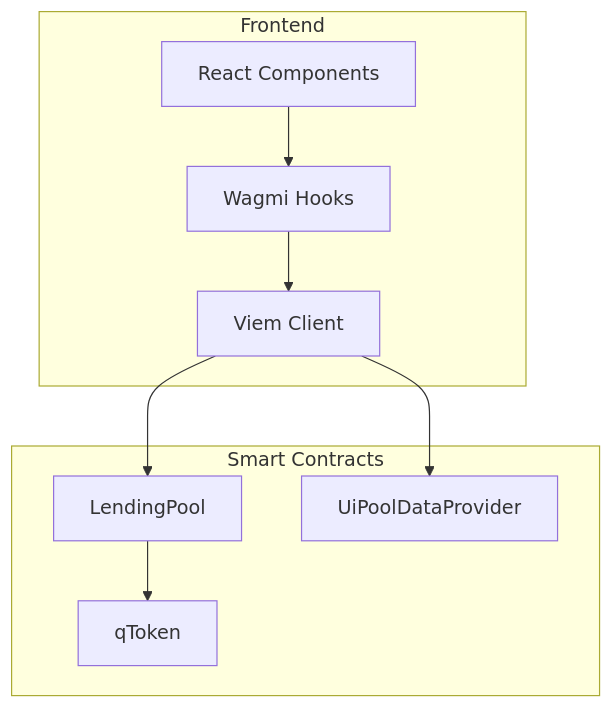
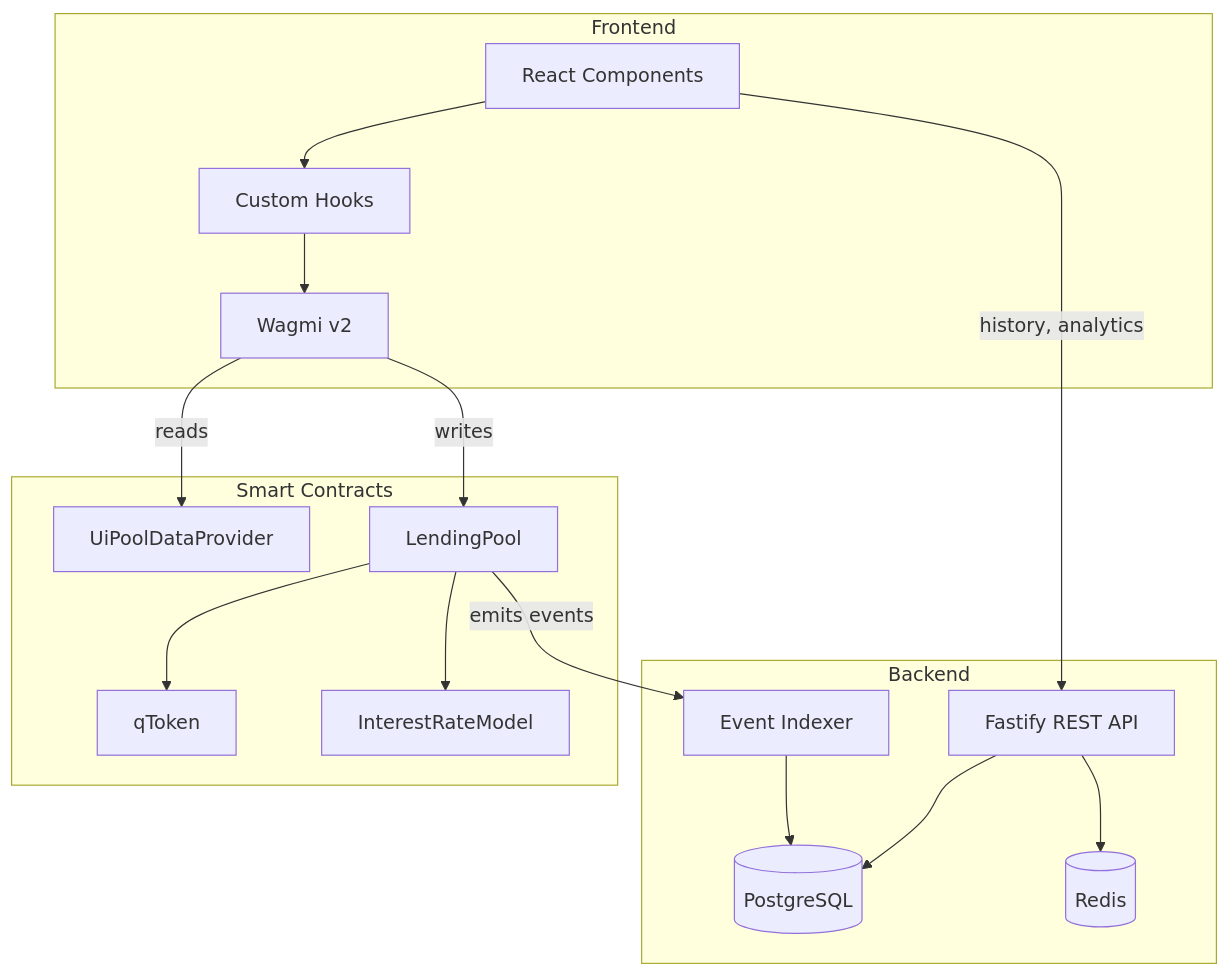
The diagram in docs/SMART_CONTRACT_INTEGRATION.md (arifintahu/quicklend), drawn with Mermaid before and after one commit. The commit also changed other lines of this file and 4 other files, not shown here.

````diff
--- a/docs/SMART_CONTRACT_INTEGRATION.md
+++ b/docs/SMART_CONTRACT_INTEGRATION.md
@@ -29,20 +29,34 @@
 ```mermaid
 graph TD
     subgraph Frontend
         UI[React Components]
-        Wagmi[Wagmi Hooks]
-        Viem[Viem Client]
+        Hooks[Custom Hooks]
+        Wagmi[Wagmi v2]
     end
-    
+
     subgraph Smart Contracts
         LP[LendingPool]
         UDP[UiPoolDataProvider]
         qT[qToken]
+        IRM[InterestRateModel]
     end
-    
-    UI --> Wagmi
-    Wagmi --> Viem
-    Viem --> LP
-    Viem --> UDP
+
+    subgraph Backend
+        API[Fastify REST API]
+        IDX[Event Indexer]
+        PG[(PostgreSQL)]
+        RD[(Redis)]
+    end
+
+    UI --> Hooks
+    Hooks --> Wagmi
+    Wagmi -->|reads| UDP
+    Wagmi -->|writes| LP
     LP --> qT
+    LP --> IRM
+    LP -->|emits events| IDX
+    IDX --> PG
+    API --> PG
+    API --> RD
+    UI -->|history, analytics| API
 ```
````
